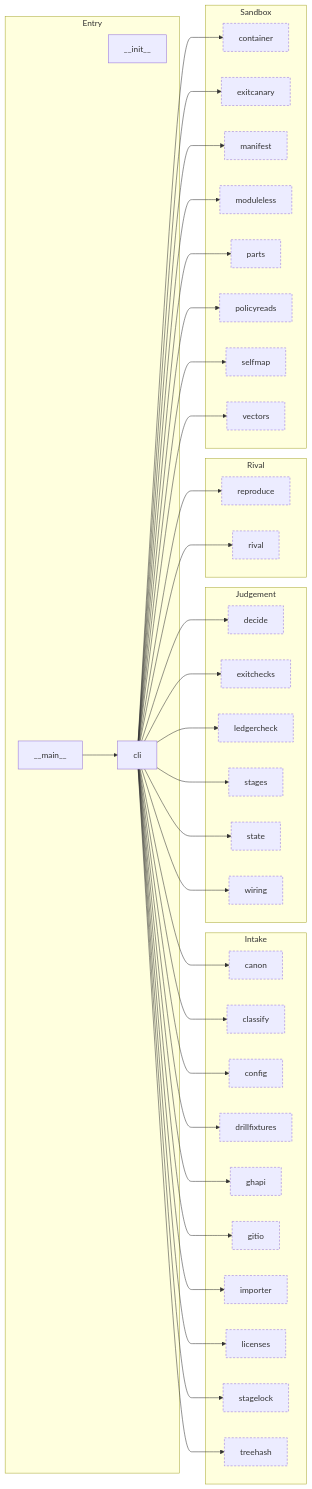
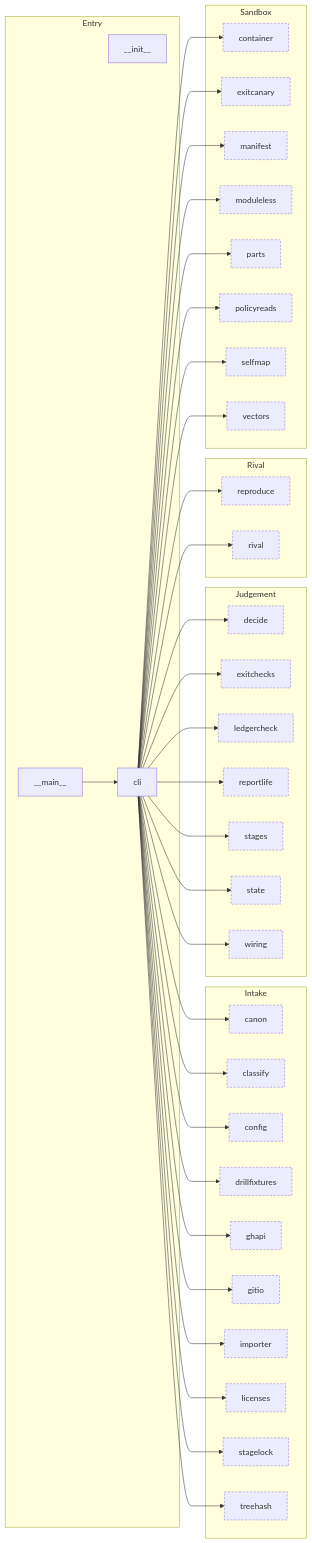
The third of 8 diagrams in docs/harita.md (Okan-wqm/snowball-mcp), drawn with Mermaid before and after one commit. The commit also changed other lines of this file and 14 other files, not shown here.

````diff
--- a/docs/harita.md
+++ b/docs/harita.md
@@ -120,70 +120,72 @@
 ```mermaid
 flowchart LR
   subgraph a_Entry["Entry"]
     m___init__["__init__"]
     m___main__["__main__"]
     m_cli["cli"]
   end
   subgraph a_Intake["Intake"]
     m_canon["canon"]:::outside
     m_classify["classify"]:::outside
     m_config["config"]:::outside
     m_drillfixtures["drillfixtures"]:::outside
     m_ghapi["ghapi"]:::outside
     m_gitio["gitio"]:::outside
     m_importer["importer"]:::outside
     m_licenses["licenses"]:::outside
     m_stagelock["stagelock"]:::outside
     m_treehash["treehash"]:::outside
   end
   subgraph a_Judgement["Judgement"]
     m_decide["decide"]:::outside
     m_exitchecks["exitchecks"]:::outside
     m_ledgercheck["ledgercheck"]:::outside
+    m_reportlife["reportlife"]:::outside
     m_stages["stages"]:::outside
     m_state["state"]:::outside
     m_wiring["wiring"]:::outside
   end
   subgraph a_Rival["Rival"]
     m_reproduce["reproduce"]:::outside
     m_rival["rival"]:::outside
   end
   subgraph a_Sandbox["Sandbox"]
     m_container["container"]:::outside
     m_exitcanary["exitcanary"]:::outside
     m_manifest["manifest"]:::outside
     m_moduleless["moduleless"]:::outside
     m_parts["parts"]:::outside
     m_policyreads["policyreads"]:::outside
     m_selfmap["selfmap"]:::outside
     m_vectors["vectors"]:::outside
   end
   m___main__ --> m_cli
   m_cli --> m_canon
   m_cli --> m_classify
   m_cli --> m_config
   m_cli --> m_container
   m_cli --> m_decide
   m_cli --> m_drillfixtures
   m_cli --> m_exitcanary
   m_cli --> m_exitchecks
   m_cli --> m_ghapi
   m_cli --> m_gitio
   m_cli --> m_importer
   m_cli --> m_ledgercheck
   m_cli --> m_licenses
   m_cli --> m_manifest
   m_cli --> m_moduleless
   m_cli --> m_parts
   m_cli --> m_policyreads
+  m_cli --> m_reportlife
   m_cli --> m_reproduce
   m_cli --> m_rival
   m_cli --> m_selfmap
   m_cli --> m_stagelock
   m_cli --> m_stages
   m_cli --> m_state
   m_cli --> m_treehash
   m_cli --> m_vectors
   m_cli --> m_wiring
   classDef outside stroke-dasharray: 4 3
 ```
````
